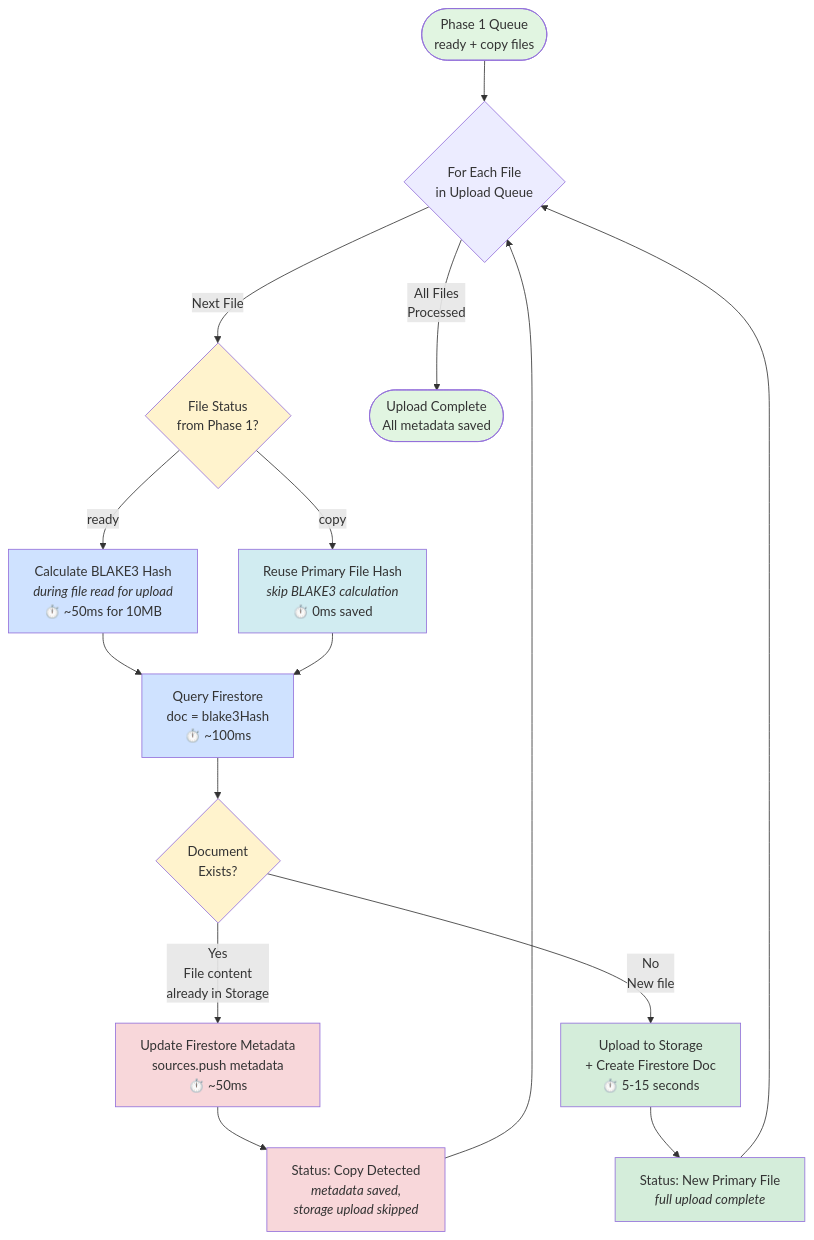
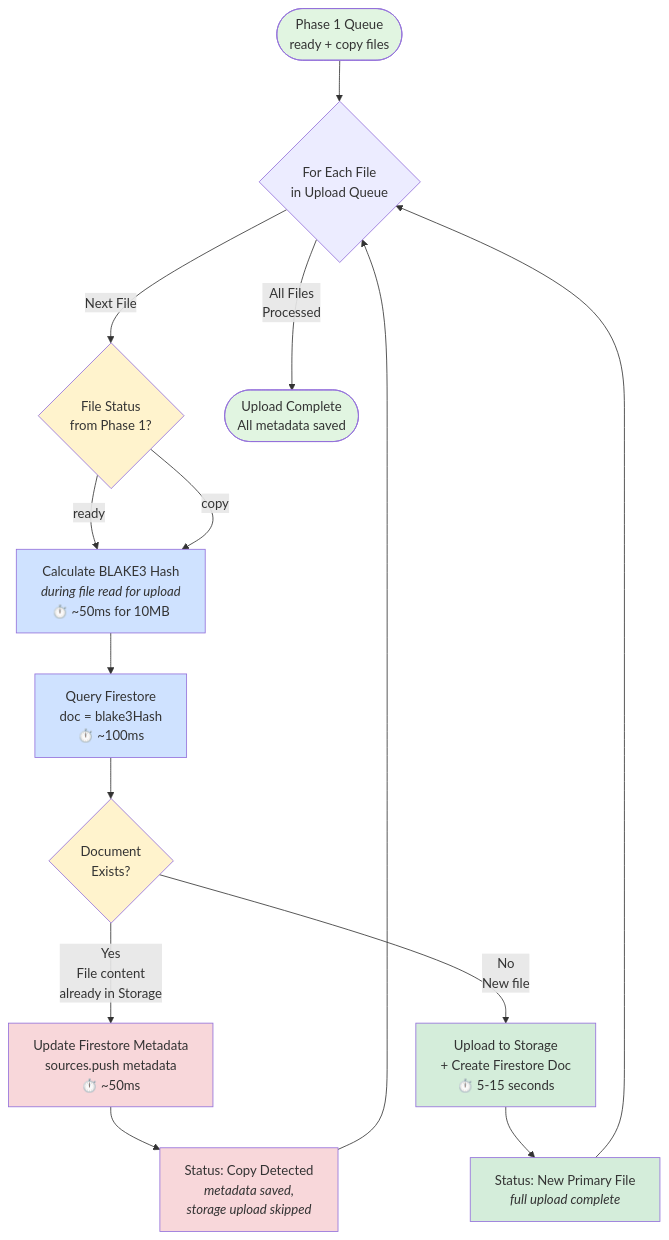
The diagram in planning/1. Ideas/2025-11-15-Phase2-Deduplication-Diagram.md (Mharbulous/Listbot.ca), drawn with Mermaid before and after one commit. The commit also changed other lines of this file, not shown here.

First line of the commit message:
Update Phase 2 plan: Never skip BLAKE3 at server stage

````diff
--- a/planning/1. Ideas/2025-11-15-Phase2-Deduplication-Diagram.md
+++ b/planning/1. Ideas/2025-11-15-Phase2-Deduplication-Diagram.md
@@ -52,37 +52,35 @@
 ```mermaid
 flowchart TD
     Start([Phase 1 Queue<br/>ready + copy files]) --> Loop{For Each File<br/>in Upload Queue}
 
     Loop -->|Next File| CheckCopy{File Status<br/>from Phase 1?}
 
     CheckCopy -->|ready| CalcHash[Calculate BLAKE3 Hash<br/><i>during file read for upload</i><br/>⏱️ ~50ms for 10MB]
-    CheckCopy -->|copy| ReusePrimary[Reuse Primary File Hash<br/><i>skip BLAKE3 calculation</i><br/>⏱️ 0ms saved]
+    CheckCopy -->|copy| CalcHash
 
     CalcHash --> Query[Query Firestore<br/>doc = blake3Hash<br/>⏱️ ~100ms]
-    ReusePrimary --> Query
 
     Query --> Exists{Document<br/>Exists?}
 
     Exists -->|Yes<br/>File content<br/>already in Storage| UpdateMeta[Update Firestore Metadata<br/>sources.push metadata<br/>⏱️ ~50ms]
     Exists -->|No<br/>New file| UploadBoth[Upload to Storage<br/>+ Create Firestore Doc<br/>⏱️ 5-15 seconds]
 
     UpdateMeta --> Status1[Status: Copy Detected<br/><i>metadata saved,<br/>storage upload skipped</i>]
     UploadBoth --> Status2[Status: New Primary File<br/><i>full upload complete</i>]
 
     Status1 --> Loop
     Status2 --> Loop
 
     Loop -->|All Files<br/>Processed| End([Upload Complete<br/>All metadata saved])
 
     style Start fill:#e1f5e1
     style End fill:#e1f5e1
     style CheckCopy fill:#fff3cd
     style Exists fill:#fff3cd
     style CalcHash fill:#cfe2ff
-    style ReusePrimary fill:#d1ecf1
     style Query fill:#cfe2ff
     style UpdateMeta fill:#f8d7da
     style UploadBoth fill:#d4edda
     style Status1 fill:#f8d7da
     style Status2 fill:#d4edda
 ```
````
